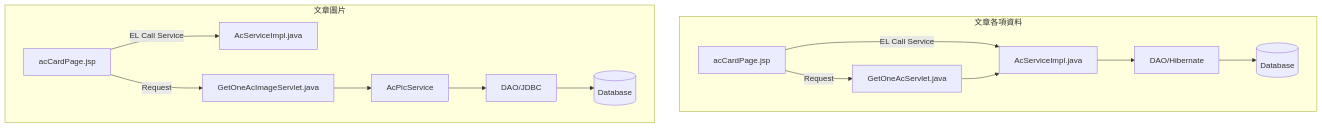
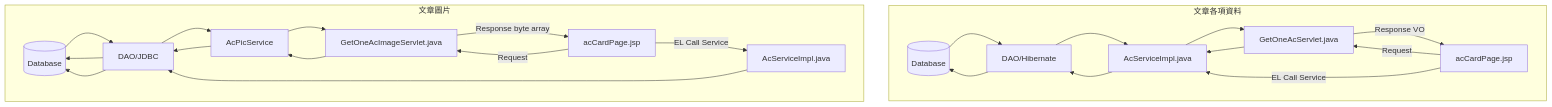
One commit to TLexYuW/CGA103G1OwnPart changed the ninth of 12 diagrams in README.md. Above: the diagram before and after it, drawn with Mermaid.

Commit message:
LexVaultBackup: 2022-09-12 19:23:35
Affected files:
README.md

````diff
--- a/README.md
+++ b/README.md
@@ -218,14 +218,16 @@
 ```mermaid
 graph 
 	subgraph 文章各項資料
-	acCP -->|EL Call Service| AcSI[AcServiceImpl.java]
+	DB --> H --> AcSI --> GOAS -->|Response VO| acCP
 	acCP[acCardPage.jsp] -->|Request| GOAS[GetOneAcServlet.java] 
 	--> AcSI[AcServiceImpl.java] --> H[DAO/Hibernate] --> DB[(Database)]
+	acCP -->|EL Call Service| AcSI[AcServiceImpl.java]
 	end
 	
 	subgraph 文章圖片
-	acCP2 -->|EL Call Service| AcSI2[AcServiceImpl.java]
+	DB2 --> DAO --> AcPS --> GOAIS -->|Response byte array| acCP2
 	acCP2[acCardPage.jsp] -->|Request| GOAIS[GetOneAcImageServlet.java] 
 	--> AcPS[AcPicService] --> DAO[DAO/JDBC] --> DB2[(Database)]
+	acCP2 -->|EL Call Service| AcSI2[AcServiceImpl.java] --> DAO --> DB2
 	end	
 ```
````
